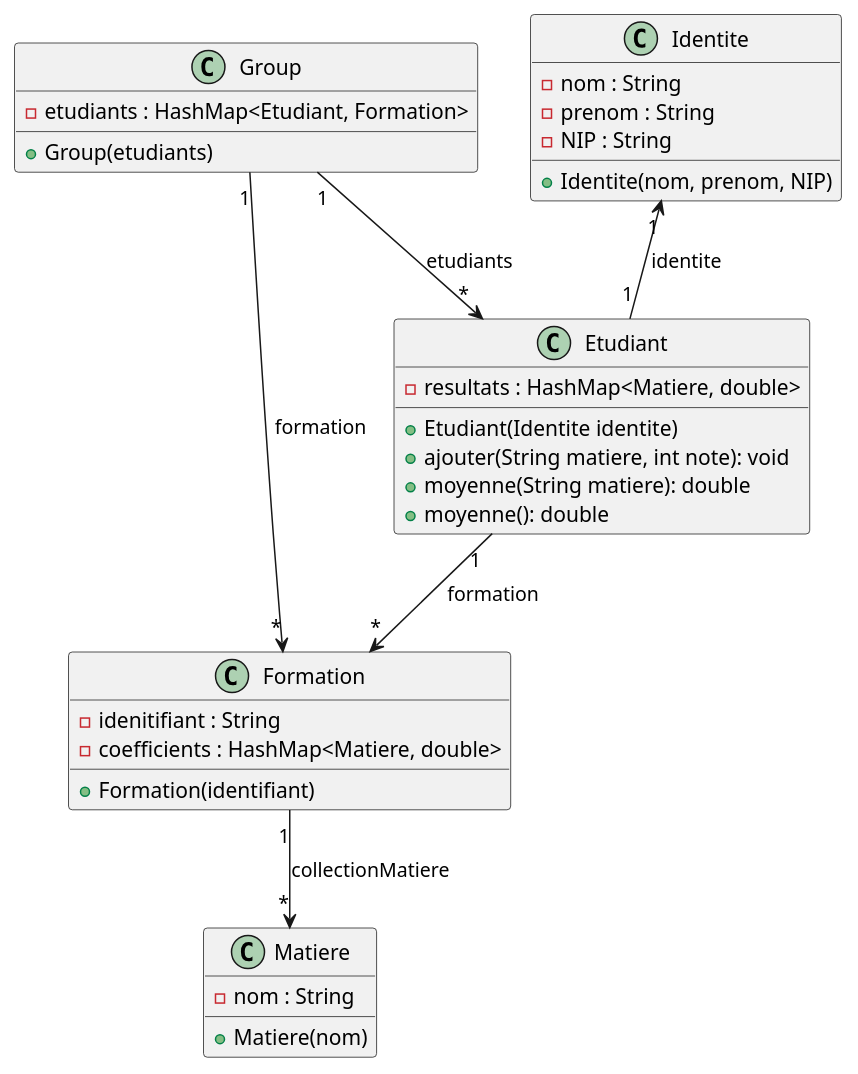
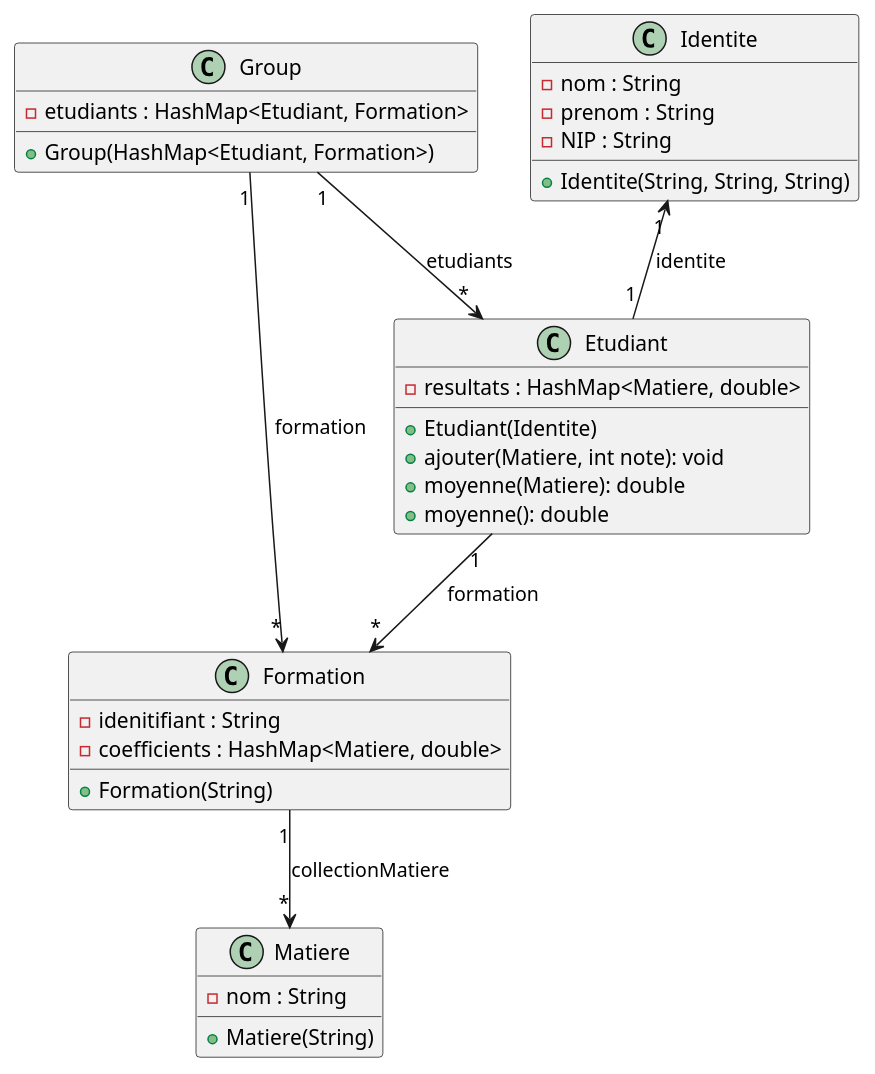
Before and after one commit to AssalHugo/TP2Exo3: the diagram in TP2Exo3/Diagramme_De_Classe.puml, drawn with PlantUML.

Commit message:
ajout du main

```diff
--- a/TP2Exo3/Diagramme_De_Classe.puml
+++ b/TP2Exo3/Diagramme_De_Classe.puml
@@ -1,41 +1,41 @@
 @startuml
 'https://plantuml.com/class-diagram
 
 class Etudiant{
  - resultats : HashMap<Matiere, double>
-    + Etudiant(Identite identite)
-    + ajouter(String matiere, int note): void
-    + moyenne(String matiere): double
+    + Etudiant(Identite)
+    + ajouter(Matiere, int note): void
+    + moyenne(Matiere): double
     + moyenne(): double
 }
 
 class Identite{
  - nom : String
  - prenom : String
  - NIP : String
-    + Identite(nom, prenom, NIP)
+    + Identite(String, String, String)
 }
 
 class Formation{
 - idenitifiant : String
 - coefficients : HashMap<Matiere, double>
-    + Formation(identifiant)
+    + Formation(String)
 }
 
 class Matiere{
  - nom : String
-    + Matiere(nom)
+    + Matiere(String)
 }
 
 class Group{
 - etudiants : HashMap<Etudiant, Formation>
-    + Group(etudiants)
+    + Group(HashMap<Etudiant, Formation>)
 }
 
 Identite "1" <-- "1" Etudiant : identite
 Etudiant "1" --> "*" Formation : formation
 Formation "1" --> "*" Matiere : collectionMatiere
 Group  "1" --> "*" Formation : formation
 Group  "1" --> "*" Etudiant : etudiants
 
 @enduml
```
